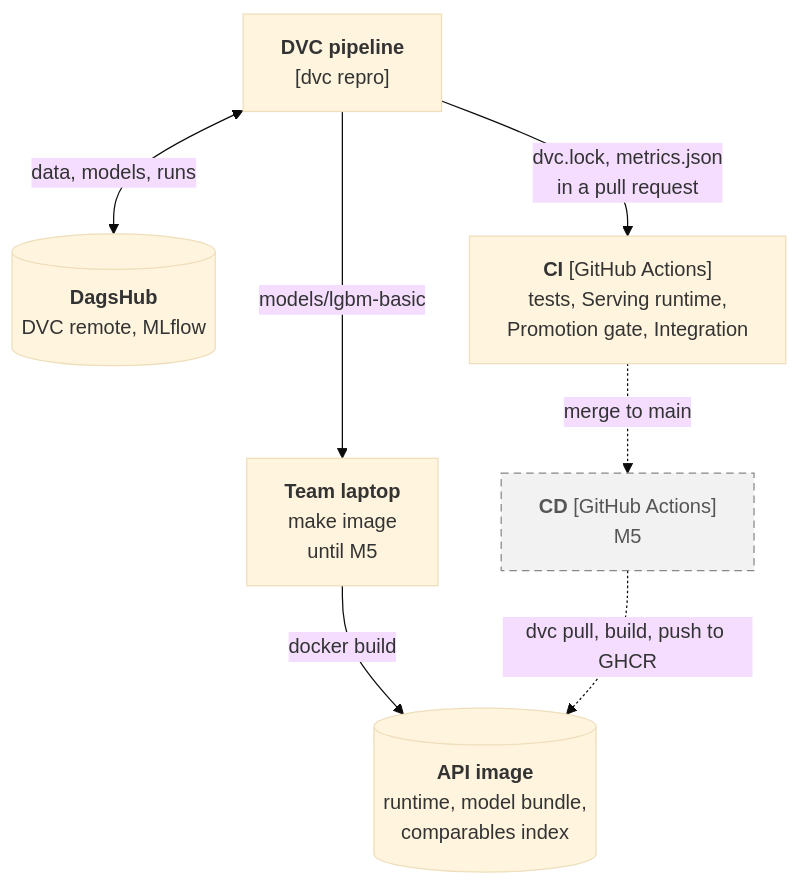
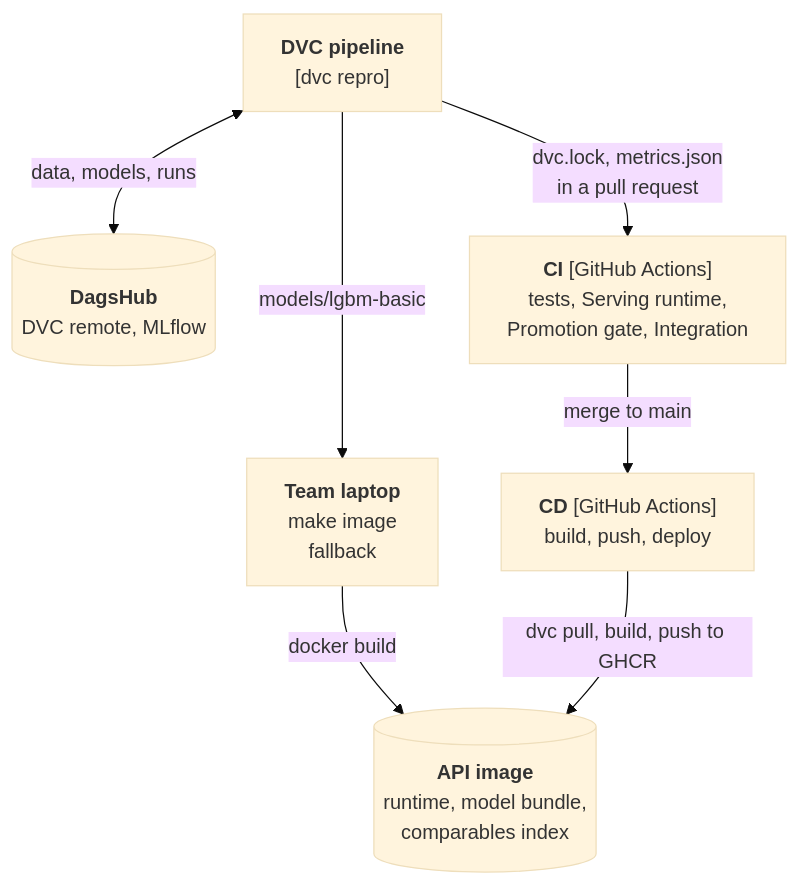
The second of 3 diagrams in docs/docs/architecture.md (mlops-2627q1-mds-upc/MLOPS_Recommenditos), drawn with Mermaid (base theme) before and after one commit. The commit also changed other lines of this file and 7 other files, not shown here.

````diff
--- a/docs/docs/architecture.md
+++ b/docs/docs/architecture.md
@@ -55,19 +55,16 @@
 ```mermaid
 flowchart TB
     b_dagshub[("<b>DagsHub</b><br/>DVC remote, MLflow")]
     b_dvc["<b>DVC pipeline</b><br/>[dvc repro]"]
     b_ci["<b>CI</b> [GitHub Actions]<br/>tests, Serving runtime,<br/>Promotion gate, Integration"]
-    b_laptop["<b>Team laptop</b><br/>make image<br/>until M5"]
-    b_cd["<b>CD</b> [GitHub Actions]<br/>M5"]
+    b_laptop["<b>Team laptop</b><br/>make image<br/>fallback"]
+    b_cd["<b>CD</b> [GitHub Actions]<br/>build, push, deploy"]
     b_image[("<b>API image</b><br/>runtime, model bundle,<br/>comparables index")]
 
     b_dvc <-->|"data, models, runs"| b_dagshub
     b_dvc -->|"dvc.lock, metrics.json<br/>in a pull request"| b_ci
-    b_ci -.->|"merge to main"| b_cd
+    b_ci -->|"merge to main"| b_cd
     b_dvc -->|"models/lgbm-basic"| b_laptop
     b_laptop -->|"docker build"| b_image
-    b_cd -.->|"dvc pull, build, push to GHCR"| b_image
-
-    classDef later fill:#f2f2f2,stroke:#888,color:#555,stroke-dasharray:6 4
-    class b_cd later
+    b_cd -->|"dvc pull, build, push to GHCR"| b_image
 ```
````
